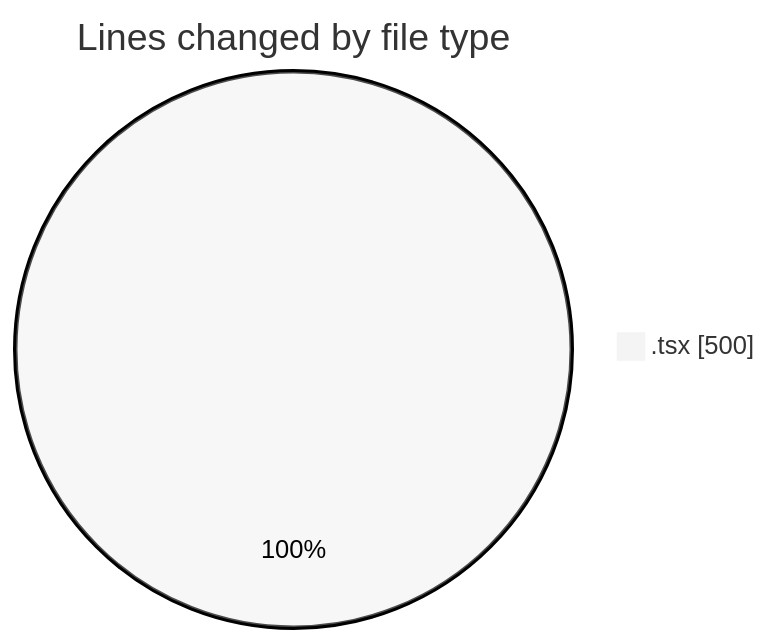
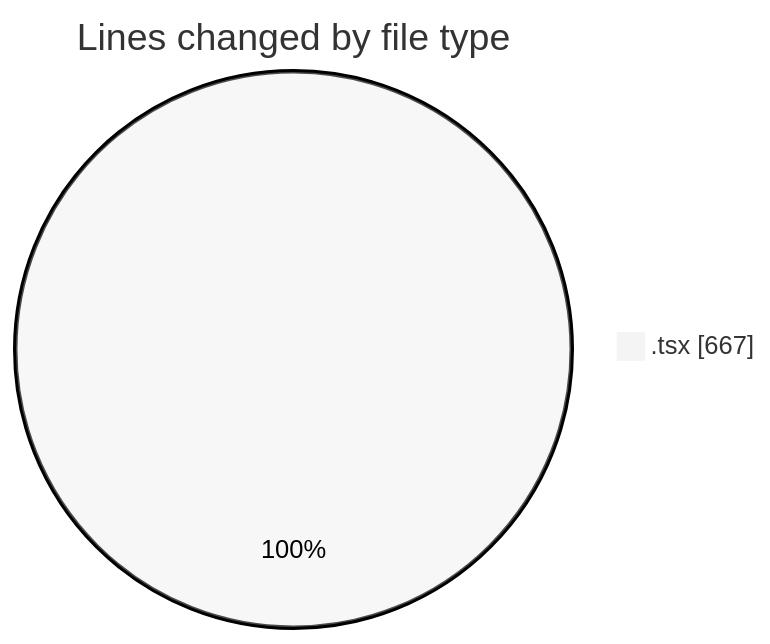
The first of 2 diagrams in 2025-04-04/cda/README.md (momahboobian/code-tracking), drawn with Mermaid (neutral theme) before and after one commit. The commit also changed other lines of this file and 1 other file, not shown here.

````diff
--- a/2025-04-04/cda/README.md
+++ b/2025-04-04/cda/README.md
@@ -20,5 +21,5 @@
 ```mermaid
 pie showData
 title Lines changed by file type
-".tsx" : 500
+".tsx" : 667
 ```
````
